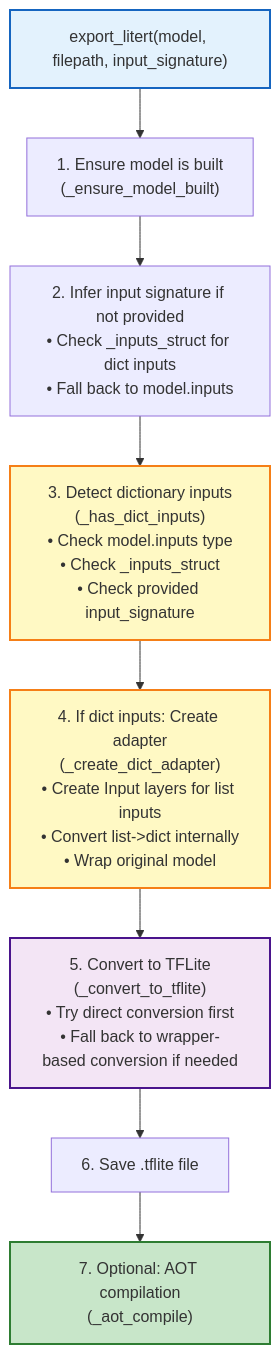
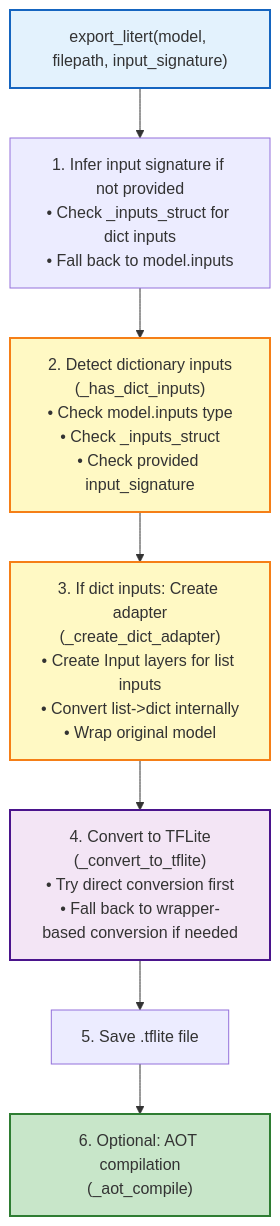
One commit to pctablet505/litert-export-docs changed the second of 5 diagrams in LiteRT Export design doc reviewed.md. Above: the diagram before and after it, drawn with Mermaid. The commit also changed other lines of this file, not shown here.

First line of the commit message:
Revise LiteRT export design for direct delegation

````diff
--- a/LiteRT Export design doc reviewed.md
+++ b/LiteRT Export design doc reviewed.md
@@ -255,25 +257,23 @@
 ```mermaid
 flowchart TD
     A["export_litert(model, filepath, input_signature)"]
-    B["1. Ensure model is built<br/>(_ensure_model_built)"]
-    C["2. Infer input signature if not provided<br/>• Check _inputs_struct for dict inputs<br/>• Fall back to model.inputs"]
-    D["3. Detect dictionary inputs<br/>(_has_dict_inputs)<br/>• Check model.inputs type<br/>• Check _inputs_struct<br/>• Check provided input_signature"]
-    E["4. If dict inputs: Create adapter<br/>(_create_dict_adapter)<br/>• Create Input layers for list inputs<br/>• Convert list->dict internally<br/>• Wrap original model"]
-    F["5. Convert to TFLite<br/>(_convert_to_tflite)<br/>• Try direct conversion first<br/>• Fall back to wrapper-based conversion if needed"]
-    G["6. Save .tflite file"]
-    H["7. Optional: AOT compilation<br/>(_aot_compile)"]
+    B["1. Infer input signature if not provided<br/>• Check _inputs_struct for dict inputs<br/>• Fall back to model.inputs"]
+    C["2. Detect dictionary inputs<br/>(_has_dict_inputs)<br/>• Check model.inputs type<br/>• Check _inputs_struct<br/>• Check provided input_signature"]
+    D["3. If dict inputs: Create adapter<br/>(_create_dict_adapter)<br/>• Create Input layers for list inputs<br/>• Convert list->dict internally<br/>• Wrap original model"]
+    E["4. Convert to TFLite<br/>(_convert_to_tflite)<br/>• Try direct conversion first<br/>• Fall back to wrapper-based conversion if needed"]
+    F["5. Save .tflite file"]
+    G["6. Optional: AOT compilation<br/>(_aot_compile)"]
     
     A --> B
     B --> C
     C --> D
     D --> E
     E --> F
     F --> G
-    G --> H
     
     style A fill:#e3f2fd,stroke:#1565c0,stroke-width:2px
+    style C fill:#fff9c4,stroke:#f57f17,stroke-width:2px
     style D fill:#fff9c4,stroke:#f57f17,stroke-width:2px
-    style E fill:#fff9c4,stroke:#f57f17,stroke-width:2px
-    style F fill:#f3e5f5,stroke:#4a148c,stroke-width:2px
-    style H fill:#c8e6c9,stroke:#2e7d32,stroke-width:2px
+    style E fill:#f3e5f5,stroke:#4a148c,stroke-width:2px
+    style G fill:#c8e6c9,stroke:#2e7d32,stroke-width:2px
 ```
````
